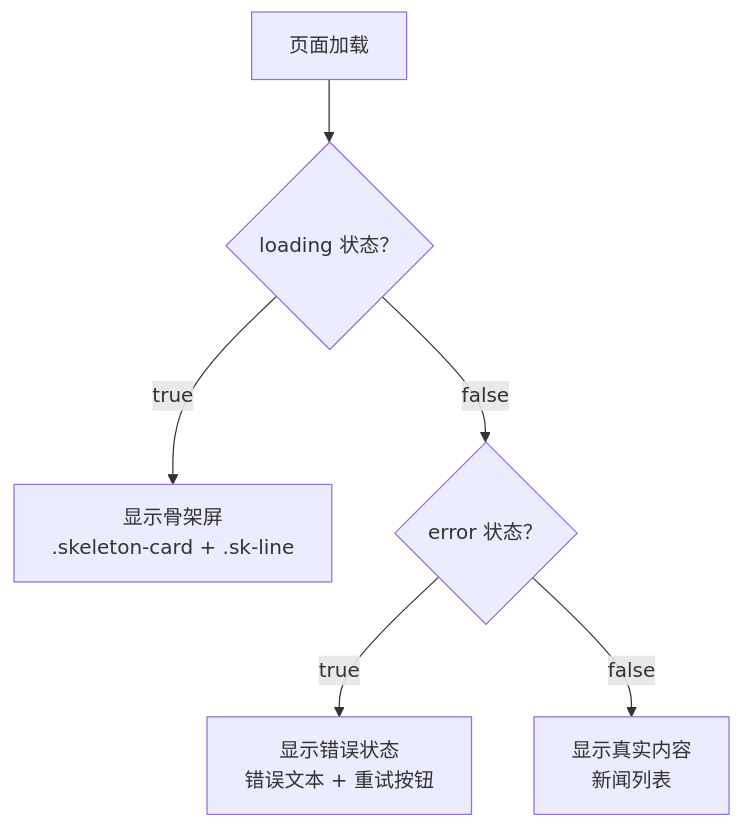
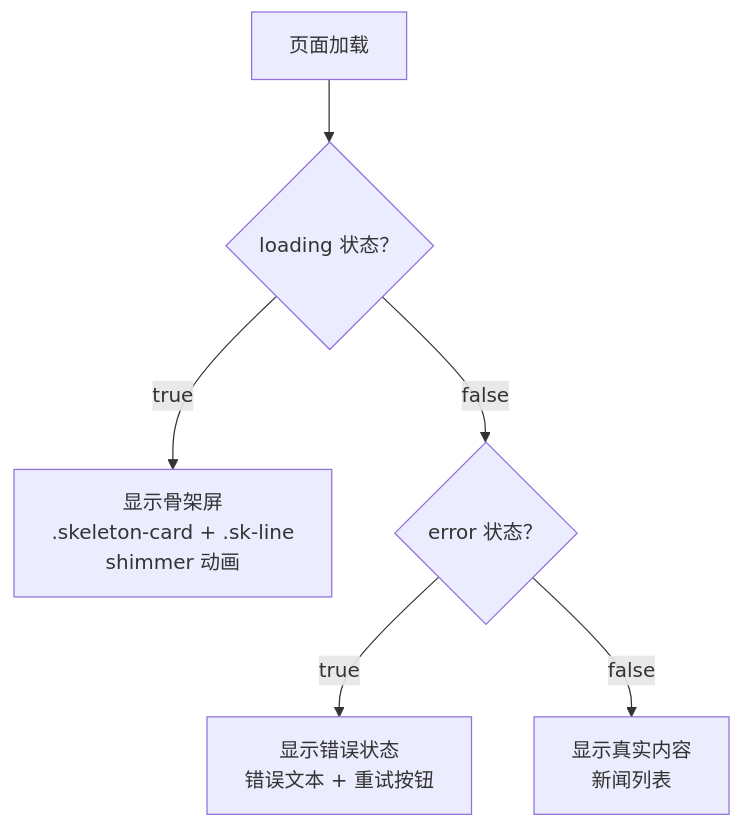
One commit to jianai0330/Fast-F1 changed the tenth of 13 diagrams in .qoder/repowiki/zh/content/内容管理系统/新闻系统.md. Above: the diagram before and after it, drawn with Mermaid. The commit also changed other lines of this file and 22 other files, not shown here.

````diff
--- a/.qoder/repowiki/zh/content/内容管理系统/新闻系统.md
+++ b/.qoder/repowiki/zh/content/内容管理系统/新闻系统.md
@@ -377,8 +504,8 @@
 ```mermaid
 flowchart TD
 A["页面加载"] --> B{"loading 状态？"}
-B --> |true| C["显示骨架屏<br/>.skeleton-card + .sk-line"]
+B --> |true| C["显示骨架屏<br/>.skeleton-card + .sk-line<br/>shimmer 动画"]
 B --> |false| D{"error 状态？"}
 D --> |true| E["显示错误状态<br/>错误文本 + 重试按钮"]
 D --> |false| F["显示真实内容<br/>新闻列表"]
 ```
````
